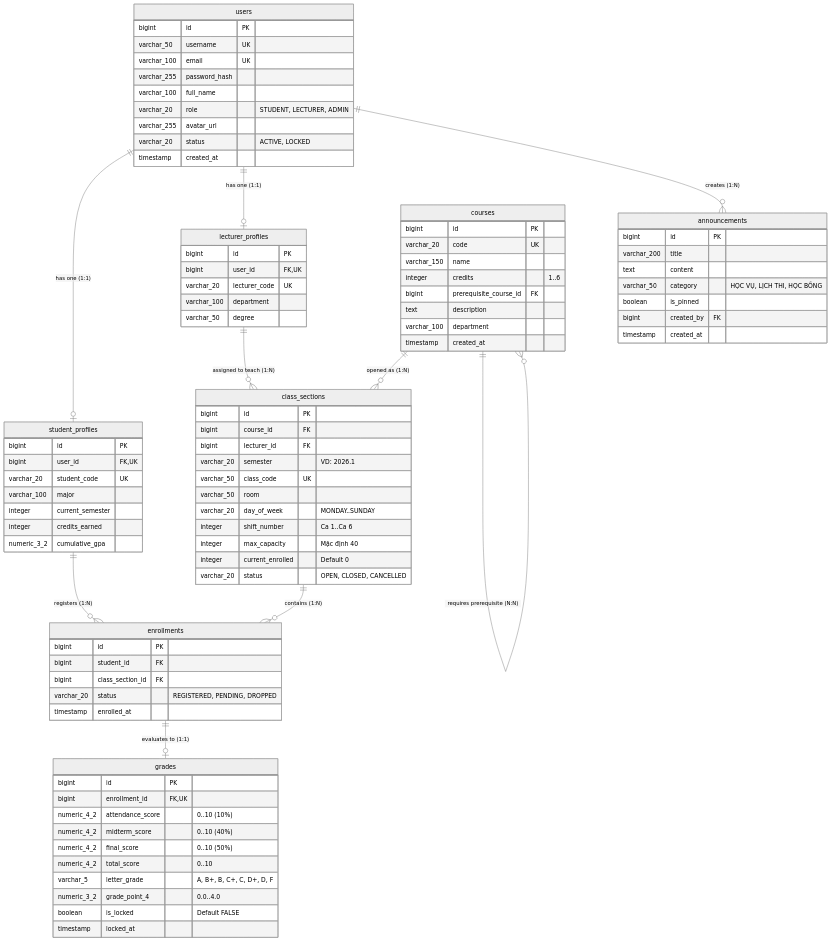
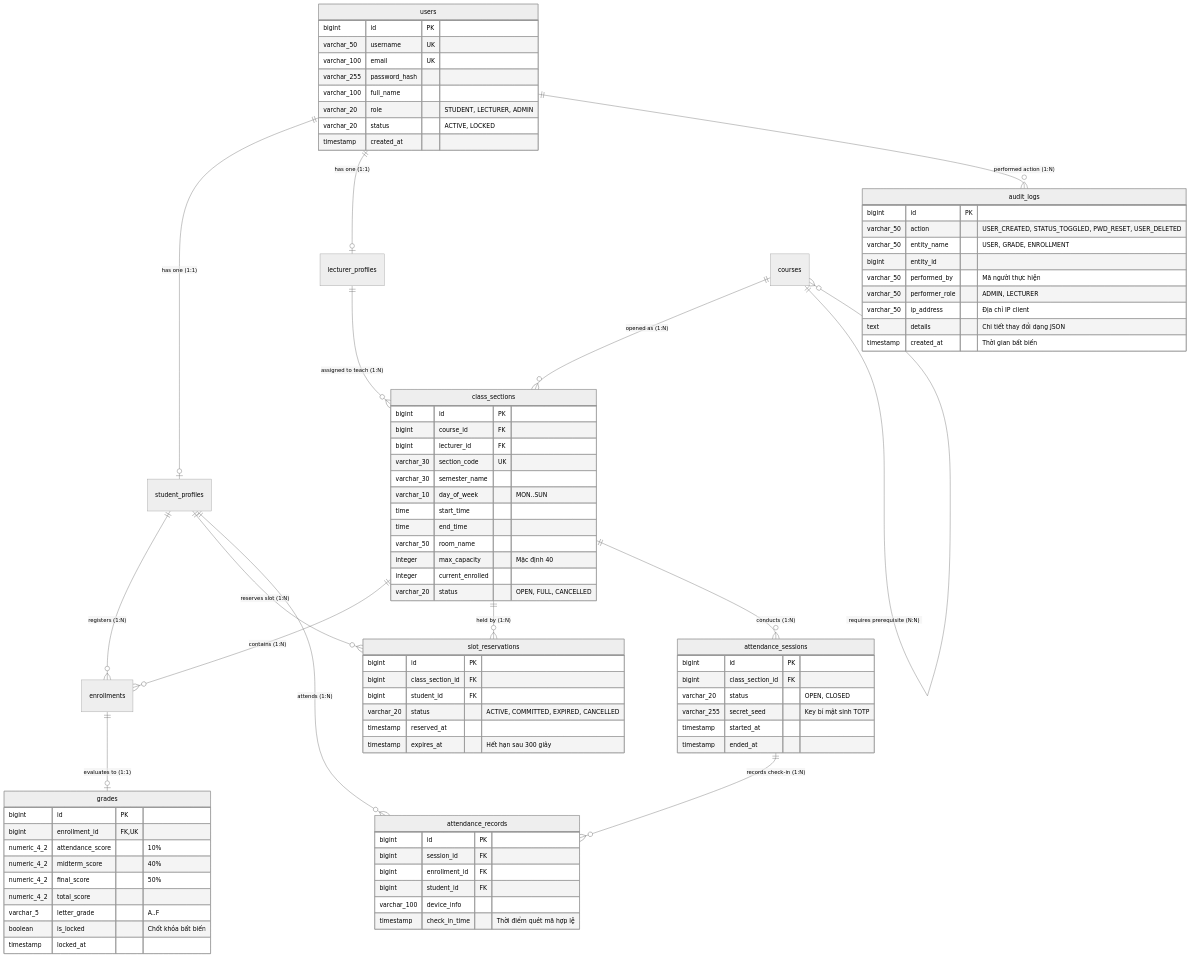
One commit to minh2307/Student-Information-System changed the third of 7 diagrams in SRS.md. Above: the diagram before and after it, drawn with Mermaid (neutral theme). The commit also changed other lines of this file, not shown here.

Commit message:
docs(srs): upgrade SRS specification to v2.1 Smart Campus Enterprise Release with full modern feature specs

````diff
--- a/SRS.md
+++ b/SRS.md
@@ -184,14 +193,21 @@
 erDiagram
     users ||--o| student_profiles : "has one (1:1)"
     users ||--o| lecturer_profiles : "has one (1:1)"
-    users ||--o{ announcements : "creates (1:N)"
+    users ||--o{ audit_logs : "performed action (1:N)"
     
     courses ||--o{ class_sections : "opened as (1:N)"
     courses ||--o{ courses : "requires prerequisite (N:N)"
     
     lecturer_profiles ||--o{ class_sections : "assigned to teach (1:N)"
     student_profiles ||--o{ enrollments : "registers (1:N)"
+    student_profiles ||--o{ slot_reservations : "reserves slot (1:N)"
+    
     class_sections ||--o{ enrollments : "contains (1:N)"
+    class_sections ||--o{ slot_reservations : "held by (1:N)"
+    class_sections ||--o{ attendance_sessions : "conducts (1:N)"
+    
+    attendance_sessions ||--o{ attendance_records : "records check-in (1:N)"
+    student_profiles ||--o{ attendance_records : "attends (1:N)"
     
     enrollments ||--o| grades : "evaluates to (1:1)"
 
@@ -202,82 +218,73 @@
         varchar_255 password_hash
         varchar_100 full_name
         varchar_20 role "STUDENT, LECTURER, ADMIN"
-        varchar_255 avatar_url
         varchar_20 status "ACTIVE, LOCKED"
         timestamp created_at
     }
 
-    student_profiles {
+    audit_logs {
         bigint id PK
-        bigint user_id FK,UK
-        varchar_20 student_code UK
-        varchar_100 major
-        integer current_semester
-        integer credits_earned
-        numeric_3_2 cumulative_gpa
+        varchar_50 action "USER_CREATED, STATUS_TOGGLED, PWD_RESET, USER_DELETED"
+        varchar_50 entity_name "USER, GRADE, ENROLLMENT"
+        bigint entity_id
+        varchar_50 performed_by "Mã người thực hiện"
+        varchar_50 performer_role "ADMIN, LECTURER"
+        varchar_50 ip_address "Địa chỉ IP client"
+        text details "Chi tiết thay đổi dạng JSON"
+        timestamp created_at "Thời gian bất biến"
     }
 
-    lecturer_profiles {
+    slot_reservations {
         bigint id PK
-        bigint user_id FK,UK
-        varchar_20 lecturer_code UK
-        varchar_100 department
-        varchar_50 degree
+        bigint class_section_id FK
+        bigint student_id FK
+        varchar_20 status "ACTIVE, COMMITTED, EXPIRED, CANCELLED"
+        timestamp reserved_at
+        timestamp expires_at "Hết hạn sau 300 giây"
     }
 
-    courses {
+    attendance_sessions {
         bigint id PK
-        varchar_20 code UK
-        varchar_150 name
-        integer credits "1..6"
-        bigint prerequisite_course_id FK
-        text description
-        varchar_100 department
-        timestamp created_at
+        bigint class_section_id FK
+        varchar_20 status "OPEN, CLOSED"
+        varchar_255 secret_seed "Key bí mật sinh TOTP"
+        timestamp started_at
+        timestamp ended_at
+    }
+
+    attendance_records {
+        bigint id PK
+        bigint session_id FK
+        bigint enrollment_id FK
+        bigint student_id FK
+        varchar_100 device_info
+        timestamp check_in_time "Thời điểm quét mã hợp lệ"
     }
 
     class_sections {
         bigint id PK
         bigint course_id FK
         bigint lecturer_id FK
-        varchar_20 semester "VD: 2026.1"
-        varchar_50 class_code UK
-        varchar_50 room
-        varchar_20 day_of_week "MONDAY..SUNDAY"
-        integer shift_number "Ca 1..Ca 6"
+        varchar_30 section_code UK
+        varchar_30 semester_name
+        varchar_10 day_of_week "MON..SUN"
+        time start_time
+        time end_time
+        varchar_50 room_name
         integer max_capacity "Mặc định 40"
-        integer current_enrolled "Default 0"
-        varchar_20 status "OPEN, CLOSED, CANCELLED"
-    }
-
-    enrollments {
-        bigint id PK
-        bigint student_id FK
-        bigint class_section_id FK
-        varchar_20 status "REGISTERED, PENDING, DROPPED"
-        timestamp enrolled_at
+        integer current_enrolled
+        varchar_20 status "OPEN, FULL, CANCELLED"
     }
 
     grades {
         bigint id PK
         bigint enrollment_id FK,UK
-        numeric_4_2 attendance_score "0..10 (10%)"
-        numeric_4_2 midterm_score "0..10 (40%)"
-        numeric_4_2 final_score "0..10 (50%)"
-        numeric_4_2 total_score "0..10"
-        varchar_5 letter_grade "A, B+, B, C+, C, D+, D, F"
-        numeric_3_2 grade_point_4 "0.0..4.0"
-        boolean is_locked "Default FALSE"
+        numeric_4_2 attendance_score "10%"
+        numeric_4_2 midterm_score "40%"
+        numeric_4_2 final_score "50%"
+        numeric_4_2 total_score
+        varchar_5 letter_grade "A..F"
+        boolean is_locked "Chốt khóa bất biến"
         timestamp locked_at
     }
-
-    announcements {
-        bigint id PK
-        varchar_200 title
-        text content
-        varchar_50 category "HỌC VỤ, LỊCH THI, HỌC BỔNG"
-        boolean is_pinned
-        bigint created_by FK
-        timestamp created_at
-    }
 ```
````
